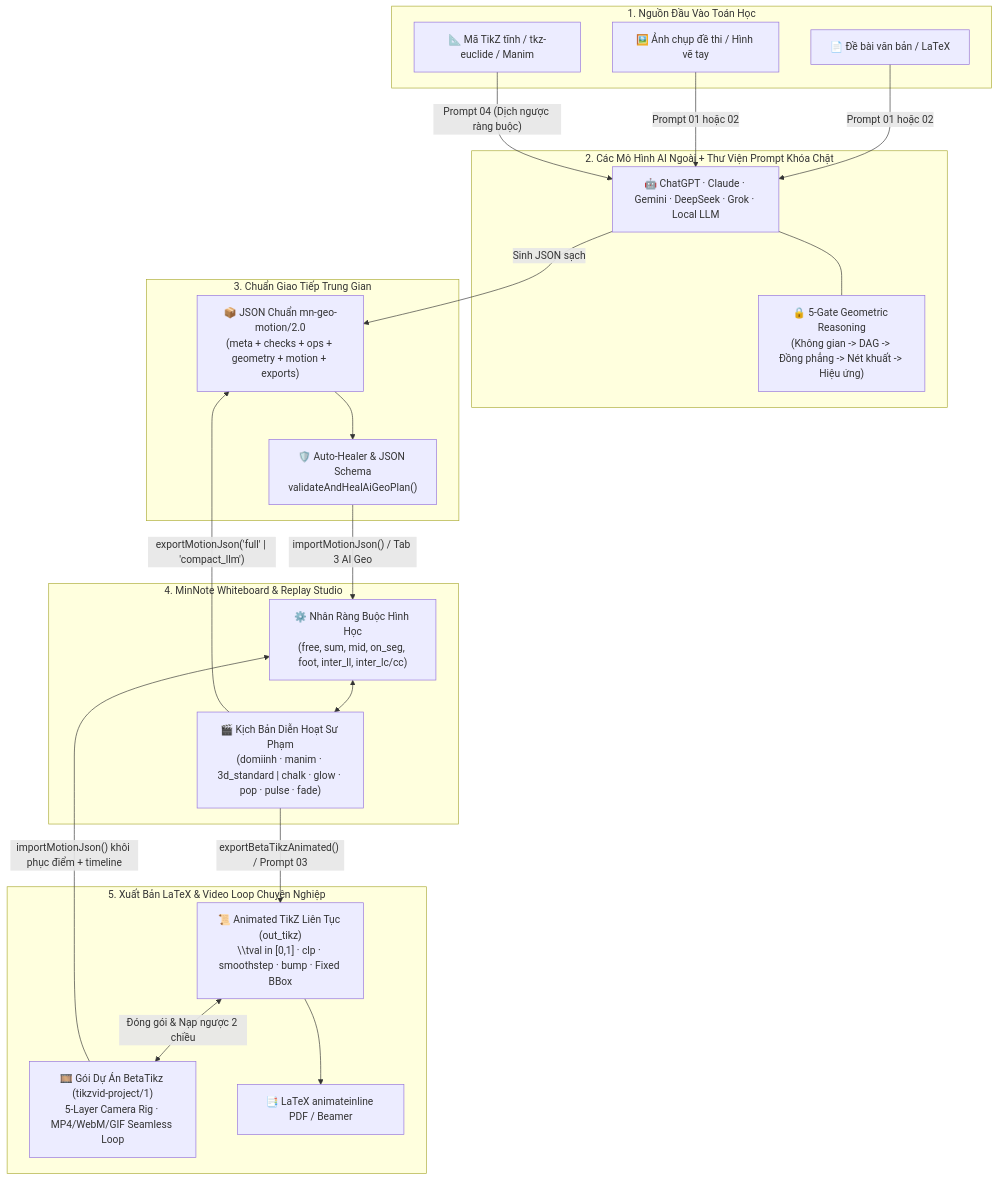
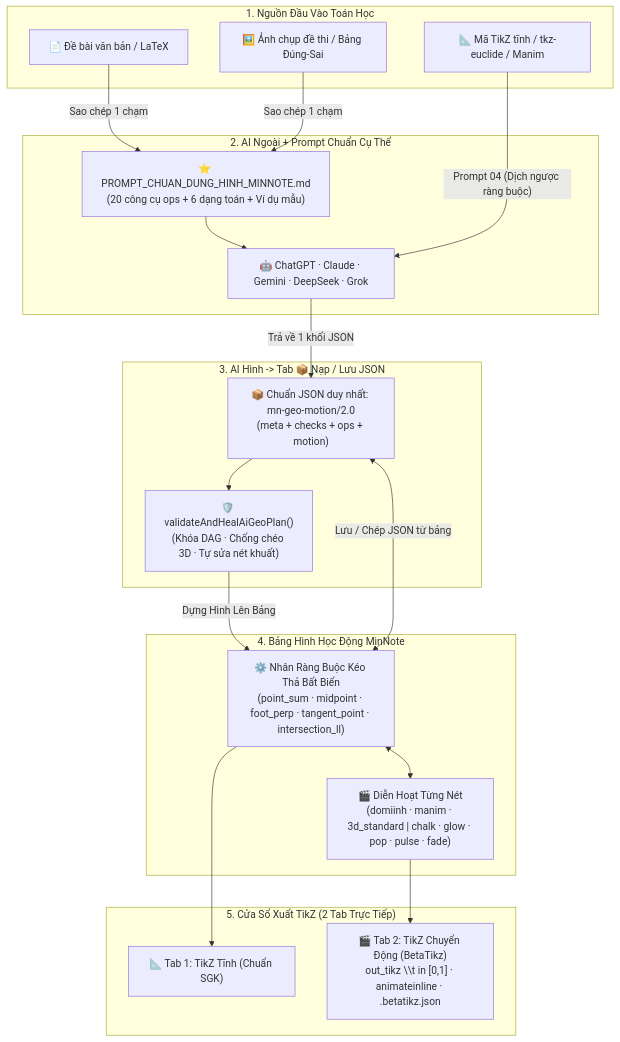
The diagram in prompts/README.md (Do-Miinh-1210/minnotee), drawn with Mermaid before and after one commit. The commit also changed other lines of this file and 18 other files, not shown here.

Commit message:
feat(v0.0.9.11): simplify JSON workflow, unify static/animated TikZ studio & upgrade detailed AI tool prompt

````diff
--- a/prompts/README.md
+++ b/prompts/README.md
@@ -13,42 +27,39 @@
 ```mermaid
 flowchart TD
     subgraph INPUT["1. Nguồn Đầu Vào Toán Học"]
         P1["📄 Đề bài văn bản / LaTeX"]
-        P2["🖼️ Ảnh chụp đề thi / Hình vẽ tay"]
+        P2["🖼️ Ảnh chụp đề thi / Bảng Đúng-Sai"]
         P3["📐 Mã TikZ tĩnh / tkz-euclide / Manim"]
     end
 
-    subgraph AI_HUB["2. Các Mô Hình AI Ngoài + Thư Viện Prompt Khóa Chặt"]
-        LLM["🤖 ChatGPT · Claude · Gemini · DeepSeek · Grok · Local LLM"]
-        G5["🔒 5-Gate Geometric Reasoning\n(Không gian -> DAG -> Đồng phẳng -> Nét khuất -> Hiệu ứng)"]
-        LLM --- G5
+    subgraph AI_HUB["2. AI Ngoài + Prompt Chuẩn Cụ Thể"]
+        MST["⭐ PROMPT_CHUAN_DUNG_HINH_MINNOTE.md\n(20 công cụ ops + 6 dạng toán + Ví dụ mẫu)"]
+        LLM["🤖 ChatGPT · Claude · Gemini · DeepSeek · Grok"]
+        MST --> LLM
     end
 
-    subgraph SCHEMA["3. Chuẩn Giao Tiếp Trung Gian"]
-        J2["📦 JSON Chuẩn mn-geo-motion/2.0\n(meta + checks + ops + geometry + motion + exports)"]
-        VAL["🛡️ Auto-Healer & JSON Schema\nvalidateAndHealAiGeoPlan()"]
+    subgraph JSON_IO["3. AI Hình -> Tab 📦 Nạp / Lưu JSON"]
+        J2["📦 Chuẩn JSON duy nhất: mn-geo-motion/2.0\n(meta + checks + ops + motion)"]
+        VAL["🛡️ validateAndHealAiGeoPlan()\n(Khóa DAG · Chống chéo 3D · Tự sửa nét khuất)"]
         J2 --> VAL
     end
 
-    subgraph MINNOTE["4. MinNote Whiteboard & Replay Studio"]
-        KRN["⚙️ Nhân Ràng Buộc Hình Học\n(free, sum, mid, on_seg, foot, inter_ll, inter_lc/cc)"]
-        RPL["🎬 Kịch Bản Diễn Hoạt Sư Phạm\n(domiinh · manim · 3d_standard | chalk · glow · pop · pulse · fade)"]
+    subgraph BOARD["4. Bảng Hình Học Động MinNote"]
+        KRN["⚙️ Nhân Ràng Buộc Kéo Thả Bất Biến\n(point_sum · midpoint · foot_perp · tangent_point · intersection_ll)"]
+        RPL["🎬 Diễn Hoạt Từng Nét\n(domiinh · manim · 3d_standard | chalk · glow · pop · pulse · fade)"]
         KRN <--> RPL
     end
 
-    subgraph BETATIKZ["5. Xuất Bản LaTeX & Video Loop Chuyên Nghiệp"]
-        OUT["📜 Animated TikZ Liên Tục (out_tikz)\n\\tval in [0,1] · clp · smoothstep · bump · Fixed BBox"]
-        PRJ["🎞️ Gói Dự Án BetaTikz (tikzvid-project/1)\n5-Layer Camera Rig · MP4/WebM/GIF Seamless Loop"]
-        PDF["📑 LaTeX animateinline PDF / Beamer"]
+    subgraph TIKZ_WIN["5. Cửa Sổ Xuất TikZ (2 Tab Trực Tiếp)"]
+        TKZ_S["📐 Tab 1: TikZ Tĩnh (Chuẩn SGK)"]
+        TKZ_A["🎬 Tab 2: TikZ Chuyển Động (BetaTikz)\nout_tikz \\t in [0,1] · animateinline · .betatikz.json"]
     end
 
-    P1 & P2 -->|"Prompt 01 hoặc 02"| LLM
+    P1 & P2 -->|"Sao chép 1 chạm"| MST
     P3 -->|"Prompt 04 (Dịch ngược ràng buộc)"| LLM
-    LLM -->|"Sinh JSON sạch"| J2
-    VAL -->|"importMotionJson() / Tab 3 AI Geo"| KRN
-    RPL -->|"exportMotionJson('full' | 'compact_llm')"| J2
-    RPL -->|"exportBetaTikzAnimated() / Prompt 03"| OUT
-    OUT <-->|"Đóng gói & Nạp ngược 2 chiều"| PRJ
-    OUT --> PDF
-    PRJ -->|"importMotionJson() khôi phục điểm + timeline"| KRN
+    LLM -->|"Trả về 1 khối JSON"| J2
+    VAL -->|"Dựng Hình Lên Bảng"| KRN
+    KRN <-->|"Lưu / Chép JSON từ bảng"| J2
+    KRN --> TKZ_S
+    RPL --> TKZ_A
 ```
````
